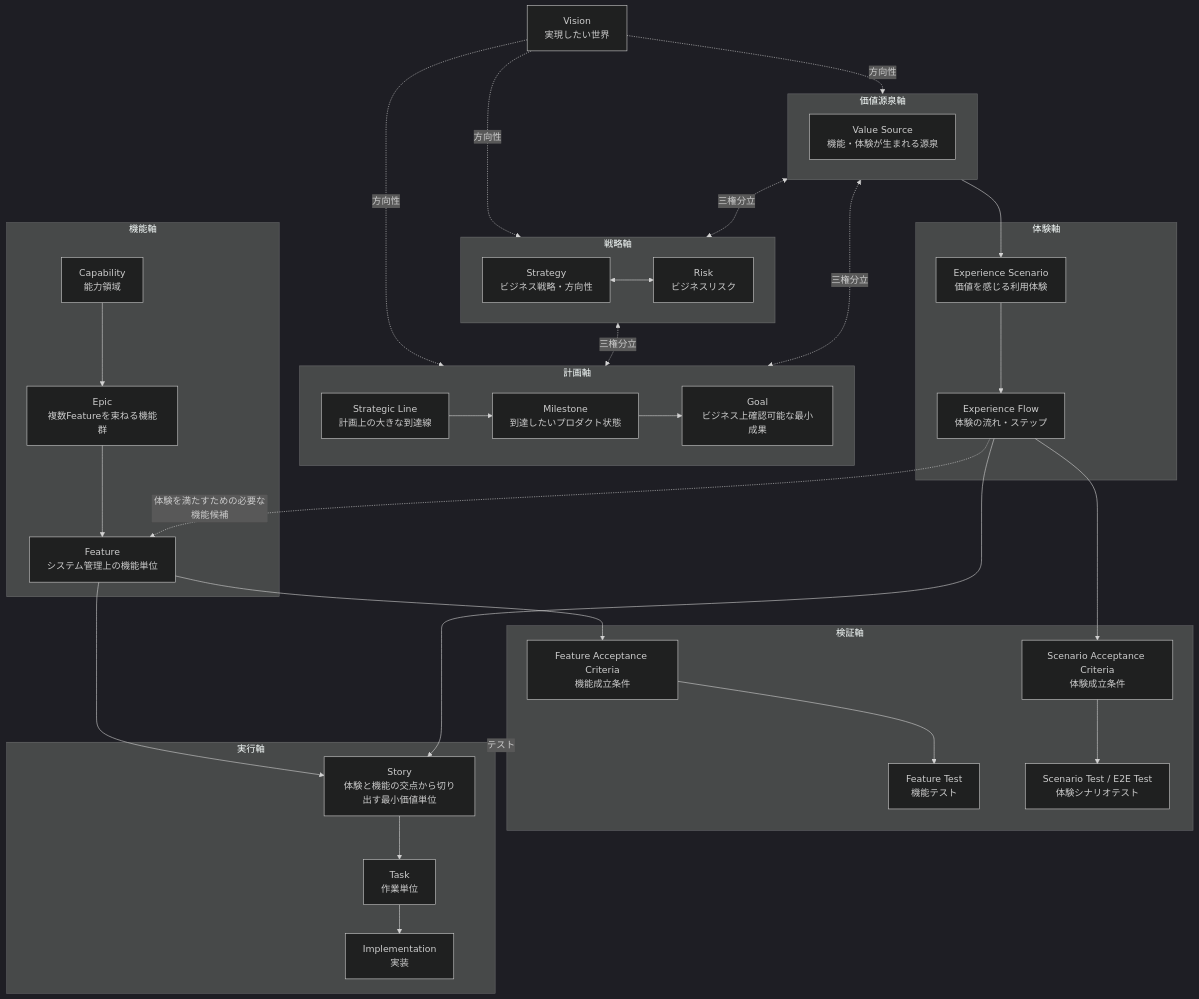
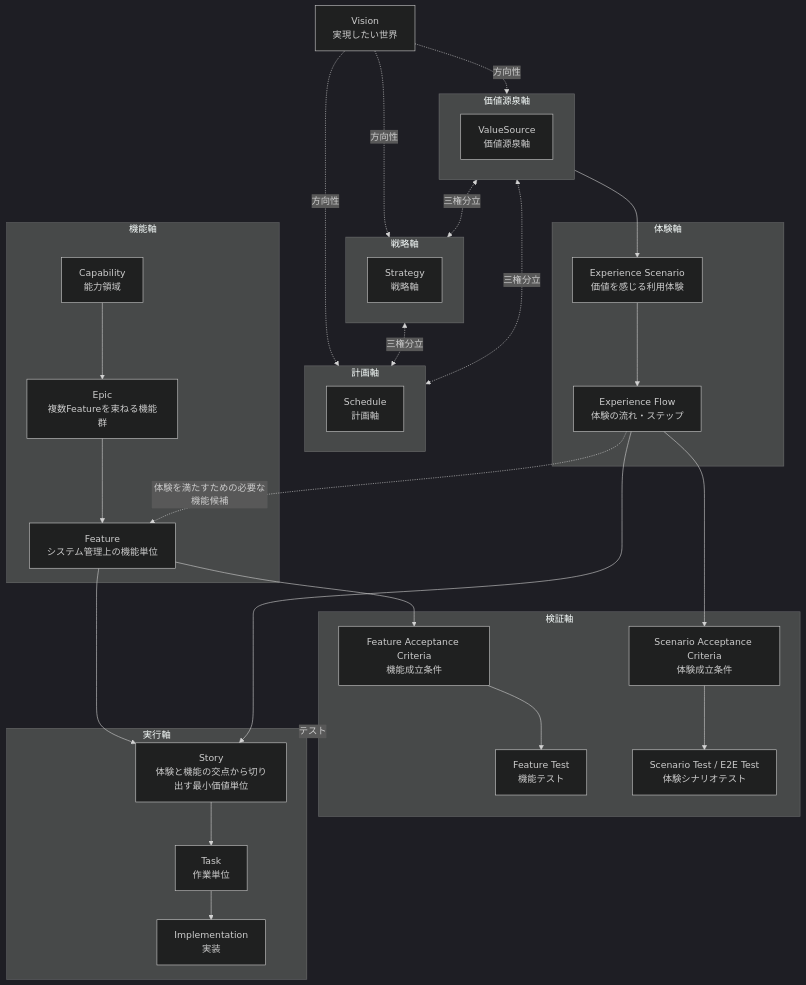
The first of 5 diagrams in doc/guidelines/product/value-and-improvement-image.md (gilgame-tencho/helloframework), drawn with Mermaid (dark theme) before and after one commit. The commit also changed other lines of this file, not shown here.

````diff
--- a/doc/guidelines/product/value-and-improvement-image.md
+++ b/doc/guidelines/product/value-and-improvement-image.md
@@ -6,74 +6,70 @@
 ```mermaid
 
 flowchart TB
 
     V[Vision<br/>実現したい世界]
 
     subgraph Strategy["戦略軸"]
-        STG[Strategy<br/>ビジネス戦略・方向性]
-        RSK[Risk<br/>ビジネスリスク]
-        STG <--> RSK
+        STG[Strategy<br/>戦略軸]
     end
 
     subgraph Schedule["計画軸"]
-        TL[Strategic Line<br/>計画上の大きな到達線]
-        MiS[Milestone<br/>到達したいプロダクト状態]
-        Gol[Goal<br/>ビジネス上確認可能な最小成果]
-        TL --> MiS --> Gol
+        SchedBox[Schedule<br/>計画軸]
     end
 
     subgraph ValueSource["価値源泉軸"]
-        VS[Value Source<br/>機能・体験が生まれる源泉]
+        VS[ValueSource<br/>価値源泉軸]
     end
+
 
     V -.方向性.-> Strategy
     V -.方向性.-> Schedule
     V -.方向性.-> ValueSource
 
     Strategy <-.三権分立.-> Schedule
     Schedule <-.三権分立.-> ValueSource
     ValueSource <-.三権分立.-> Strategy
 
     subgraph Experience["体験軸"]
         ExS[Experience Scenario<br/>価値を感じる利用体験]
         ExF[Experience Flow<br/>体験の流れ・ステップ]
         ExS --> ExF
     end
 
     ValueSource --> ExS
 
     subgraph Function["機能軸"]
         Cap[Capability<br/>能力領域]
         EP[Epic<br/>複数Featureを束ねる機能群]
         Ft[Feature<br/>システム管理上の機能単位]
         Cap --> EP --> Ft
     end
 
     ExF -.体験を満たすための必要な機能候補.-> Ft
 
     subgraph Verification["検証軸"]
         AcF[Feature Acceptance Criteria<br/>機能成立条件]
         FT[Feature Test<br/>機能テスト]
         AcF --> FT
 
         AcS[Scenario Acceptance Criteria<br/>体験成立条件]
         ST[Scenario Test / E2E Test<br/>体験シナリオテスト]
         AcS --> ST
     end
 
     subgraph Execution["実行軸"]
         S[Story<br/>体験と機能の交点から切り出す最小価値単位]
         T[Task<br/>作業単位]
         I[Implementation<br/>実装]
         S --> T --> I
     end
 
     Ft --> S
     Ft --> AcF
 
     ExF --> S
     ExF --> AcS
 
     Verification <-.テスト.-> Execution
 
 ```
````
